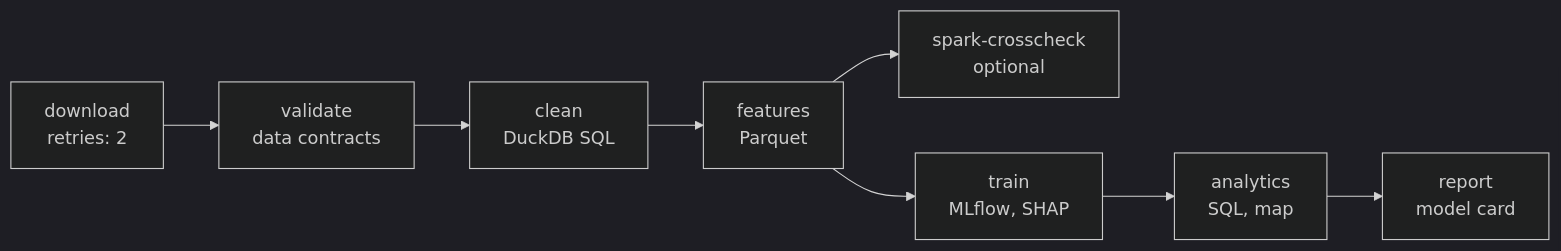
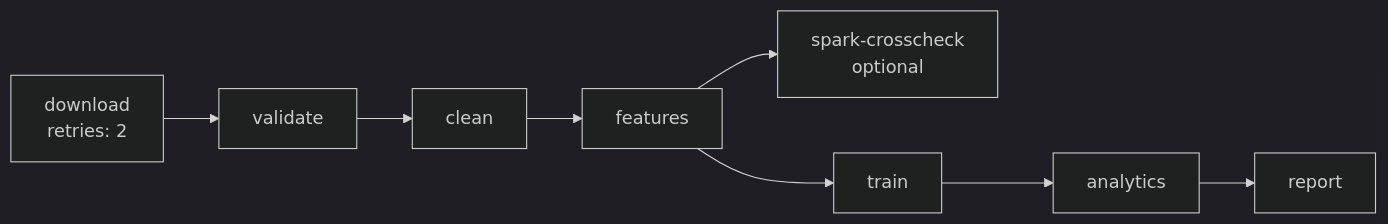
The second of 2 diagrams in README.md (Fatema-alam43/ml-pipeline-nyc-taxi-trip-duration), drawn with Mermaid (dark theme) before and after one commit. The commit also changed other lines of this file and 5 other files, not shown here.

````diff
--- a/README.md
+++ b/README.md
@@ -169,6 +302,6 @@
 ```mermaid
 flowchart LR
-    D[download<br/>retries: 2] --> V[validate<br/>data contracts] --> C[clean<br/>DuckDB SQL] --> F[features<br/>Parquet]
+    D[download<br/>retries: 2] --> V[validate] --> C[clean] --> F[features]
     F --> S[spark-crosscheck<br/>optional]
-    F --> T[train<br/>MLflow, SHAP] --> A[analytics<br/>SQL, map] --> R[report<br/>model card]
+    F --> T[train] --> A[analytics] --> R[report]
 ```
````
